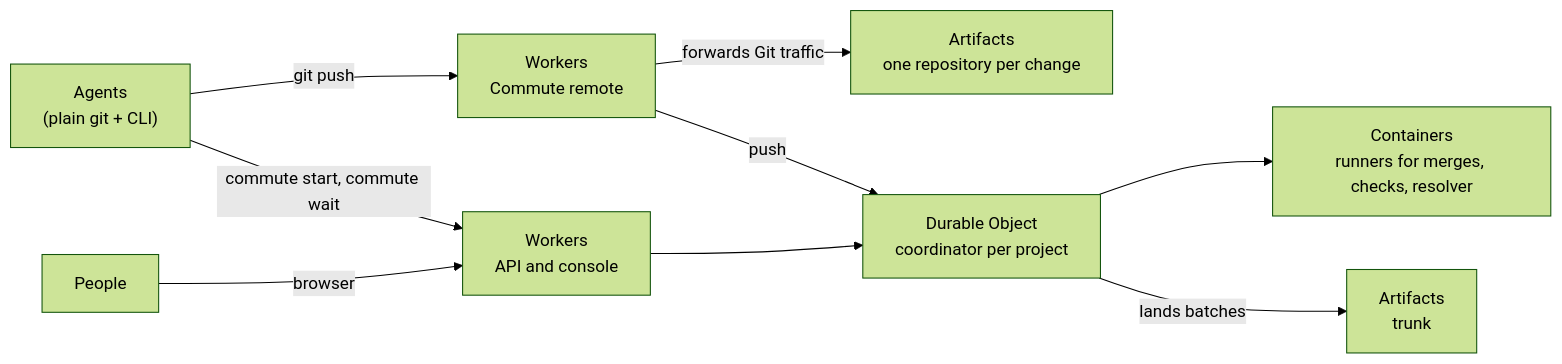
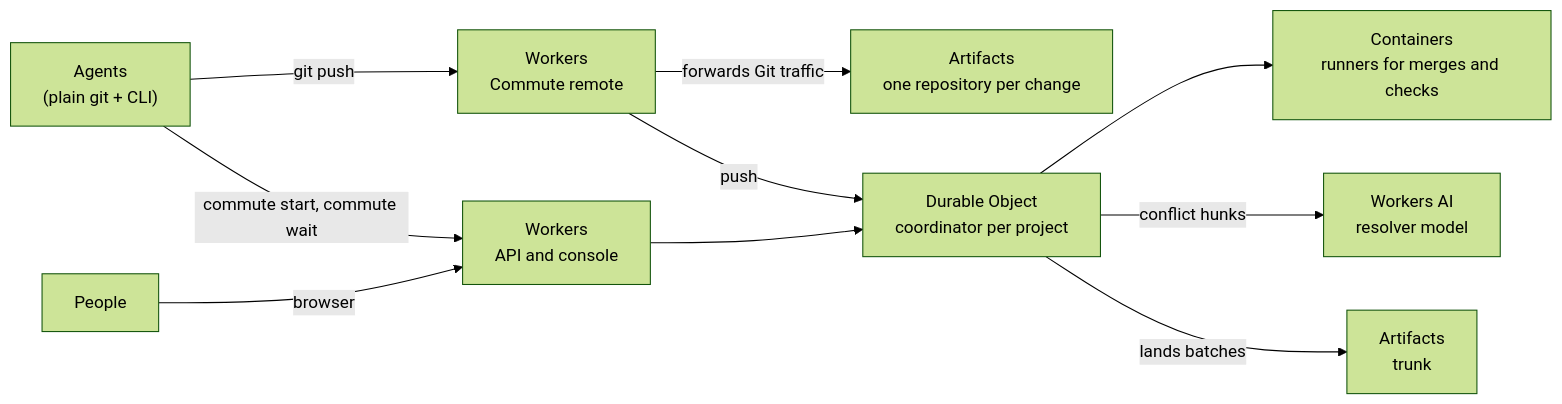
The second of 2 diagrams in README.md (lucrise-llc/commute), drawn with Mermaid (forest theme) before and after one commit. The commit also changed other lines of this file and 20 other files, not shown here.

````diff
--- a/README.md
+++ b/README.md
@@ -164,11 +167,12 @@
 ```mermaid
 flowchart LR
     agents["Agents<br/>(plain git + CLI)"] -->|git push| remote["Workers<br/>Commute remote"]
     remote -->|forwards Git traffic| repos["Artifacts<br/>one repository per change"]
     remote -->|push| coord
     agents -->|commute start, commute wait| api["Workers<br/>API and console"]
     api --> coord["Durable Object<br/>coordinator per project"]
-    coord --> runners["Containers<br/>runners for merges, checks, resolver"]
+    coord --> runners["Containers<br/>runners for merges and checks"]
+    coord -->|conflict hunks| ai["Workers AI<br/>resolver model"]
     coord -->|lands batches| trunk["Artifacts<br/>trunk"]
     people["People"] -->|browser| api
 ```
````
